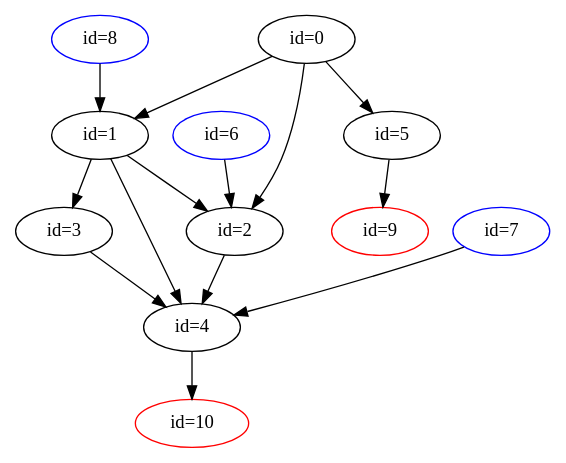
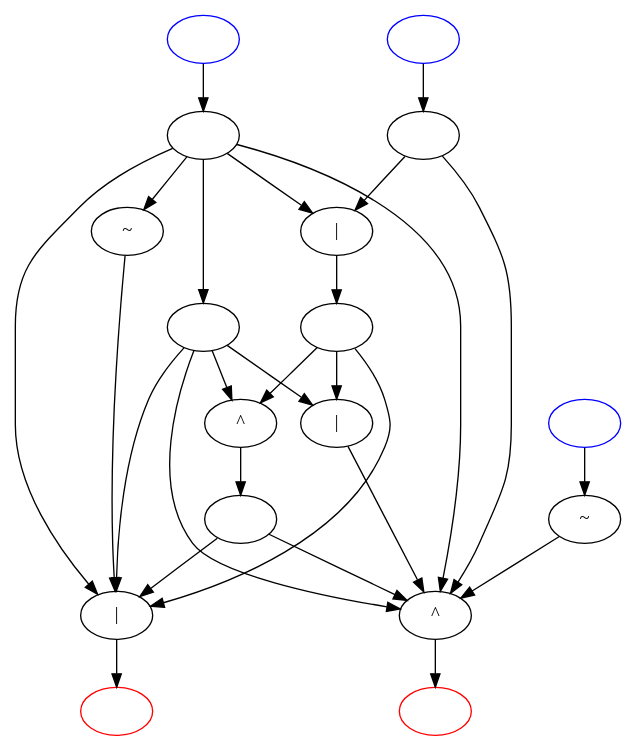
One commit to Martin-Masson/projet-graphs-python changed the diagram in digraph.dot. Above: the diagram before and after it, drawn with Graphviz. The commit also changed 9 other files, not shown here.

```diff
--- a/digraph.dot
+++ b/digraph.dot
@@ -1,31 +1,50 @@
 digraph G {
-    v0 [label=" id=0"];
-    v0 -> v1;
-    v0 -> v2;
-    v0 -> v5;
-    v1 [label=" id=1"];
-    v1 -> v2;
+    v0 [label="~"];
+    v0 -> v9;
+    v1 [label=""];
     v1 -> v3;
     v1 -> v4;
-    v2 [label=" id=2"];
+    v1 -> v6;
+    v1 -> v7;
+    v1 -> v9;
+    v2 [label=""];
     v2 -> v4;
-    v3 [label=" id=3"];
-    v3 -> v4;
-    v4 [label=" id=4"];
-    v4 -> v10;
-    v5 [label=" id=5"];
-    v5 -> v9;
-    v6 [color=blue];
-    v6 [label=" id=6"];
-    v6 -> v2;
-    v7 [color=blue];
-    v7 [label=" id=7"];
-    v7 -> v4;
-    v8 [color=blue];
-    v8 [label=" id=8"];
-    v8 -> v1;
-    v9 [color=red];
-    v9 [label=" id=9"];
-    v10 [color=red];
-    v10 [label=" id=10"];
+    v2 -> v9;
+    v3 [label=""];
+    v3 -> v5;
+    v3 -> v7;
+    v3 -> v8;
+    v3 -> v9;
+    v4 [label="|"];
+    v4 -> v13;
+    v5 [label="^"];
+    v5 -> v14;
+    v6 [label="~"];
+    v6 -> v7;
+    v7 [label="|"];
+    v7 -> v15;
+    v8 [label="|"];
+    v8 -> v9;
+    v9 [label="^"];
+    v9 -> v16;
+    v10 [color=blue];
+    v10 [label=""];
+    v10 -> v0;
+    v11 [color=blue];
+    v11 [label=""];
+    v11 -> v1;
+    v12 [color=blue];
+    v12 [label=""];
+    v12 -> v2;
+    v13 [label=""];
+    v13 -> v5;
+    v13 -> v7;
+    v13 -> v8;
+    v14 [label=""];
+    v14 -> v7;
+    v14 -> v9;
+    v15 [color=red];
+    v15 [label=""];
+    v16 [color=red];
+    v16 [label=""];
 }
```
